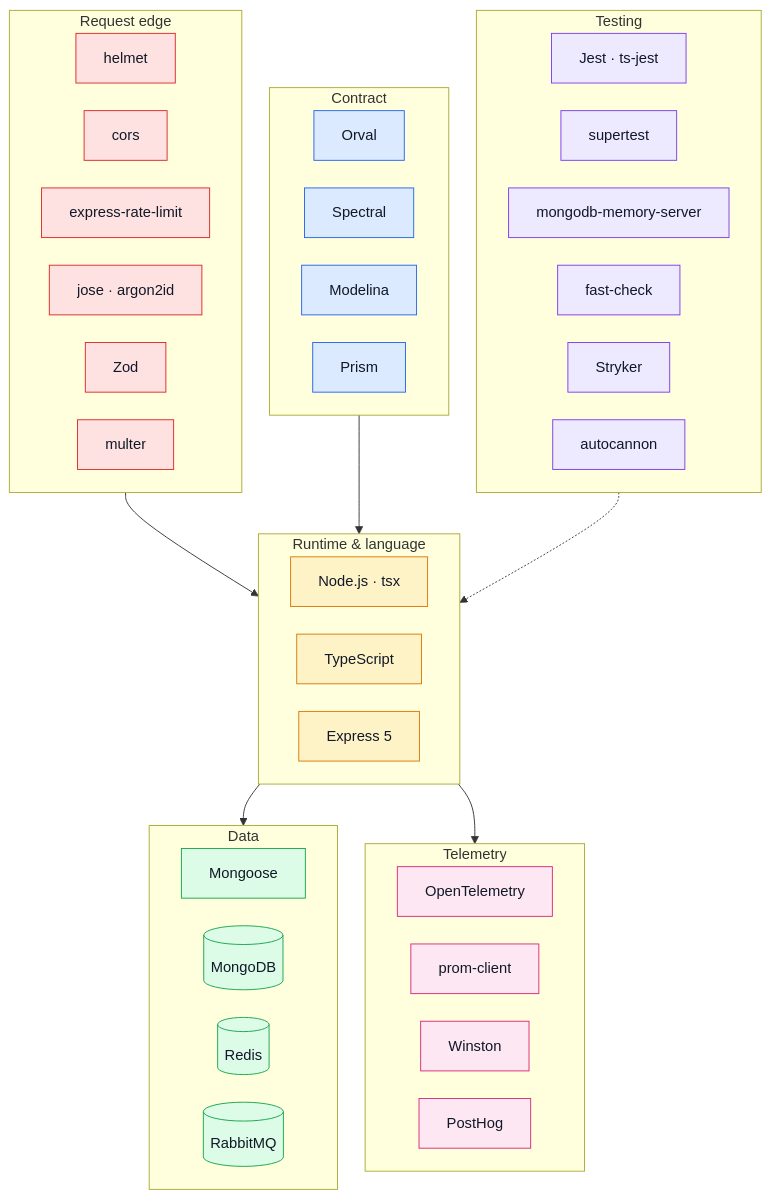
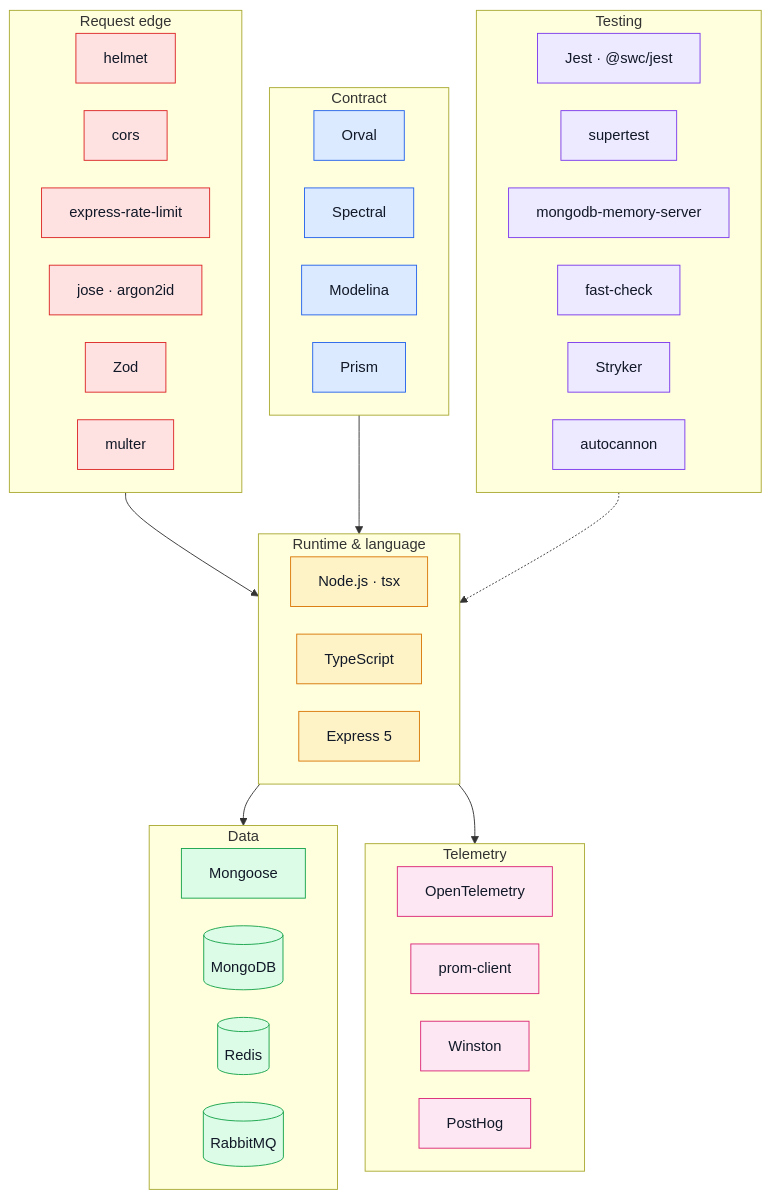
One commit to Guebbit/boilerplate-node-backend changed the diagram in docs/tools/tools-explained.md. Above: the diagram before and after it, drawn with Mermaid. The commit also changed other lines of this file and 20 other files, not shown here.

First line of the commit message:
build(testing): compile every jest suite with swc, drop ts-jest

````diff
--- a/docs/tools/tools-explained.md
+++ b/docs/tools/tools-explained.md
@@ -10,67 +10,67 @@
 ```mermaid
 %%{init: {'flowchart': {'nodeSpacing': 30, 'rankSpacing': 45}}}%%
 flowchart TD
     subgraph RUN["Runtime & language"]
         NODE["Node.js · tsx"]
         TS["TypeScript"]
         EXPRESS["Express 5"]
     end
 
     subgraph DATA["Data"]
         MONGOOSE["Mongoose"]
         MONGO[("MongoDB")]
         REDIS[("Redis")]
         RMQ[("RabbitMQ")]
     end
 
     subgraph SEC["Request edge"]
         HELMET["helmet"]
         CORS["cors"]
         RATE["express-rate-limit"]
         JWT["jose · argon2id"]
         ZOD["Zod"]
         MULTER["multer"]
     end
 
     subgraph CONTRACT["Contract"]
         ORVAL["Orval"]
         SPECTRAL["Spectral"]
         MODELINA["Modelina"]
         PRISM["Prism"]
     end
 
     subgraph TEST["Testing"]
-        JEST["Jest · ts-jest"]
+        JEST["Jest · @swc/jest"]
         SUPERTEST["supertest"]
         MEMSERVER["mongodb-memory-server"]
         FC["fast-check"]
         STRYKER["Stryker"]
         AUTOCANNON["autocannon"]
     end
 
     subgraph OBS["Telemetry"]
         OTEL["OpenTelemetry"]
         PROM["prom-client"]
         WINSTON["Winston"]
         POSTHOG["PostHog"]
     end
 
     SEC --> RUN
     RUN --> DATA
     RUN --> OBS
     CONTRACT --> RUN
     TEST -.-> RUN
 
     classDef run fill:#fef3c7,stroke:#d97706,color:#111827;
     classDef data fill:#dcfce7,stroke:#16a34a,color:#111827;
     classDef sec fill:#fee2e2,stroke:#dc2626,color:#111827;
     classDef contract fill:#dbeafe,stroke:#2563eb,color:#111827;
     classDef test fill:#ede9fe,stroke:#7c3aed,color:#111827;
     classDef obs fill:#fce7f3,stroke:#db2777,color:#111827;
     class NODE,TS,EXPRESS run;
     class MONGOOSE,MONGO,REDIS,RMQ data;
     class HELMET,CORS,RATE,JWT,ZOD,MULTER sec;
     class ORVAL,SPECTRAL,MODELINA,PRISM contract;
     class JEST,SUPERTEST,MEMSERVER,FC,STRYKER,AUTOCANNON test;
     class OTEL,PROM,WINSTON,POSTHOG obs;
 ```
````
